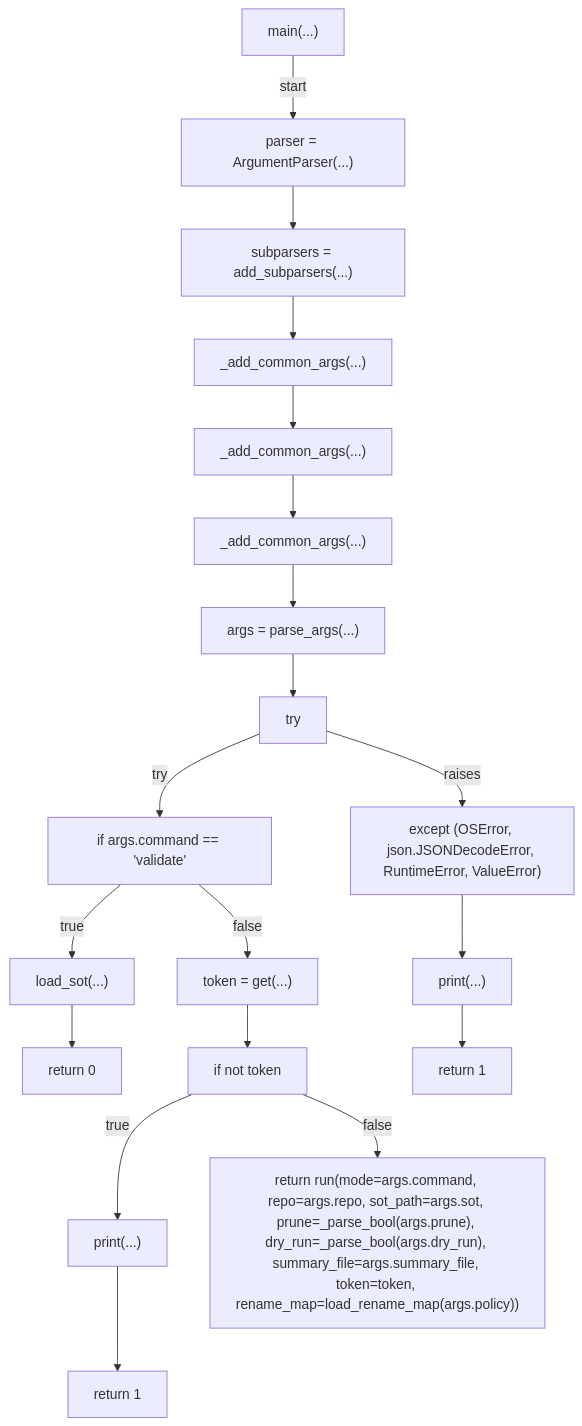
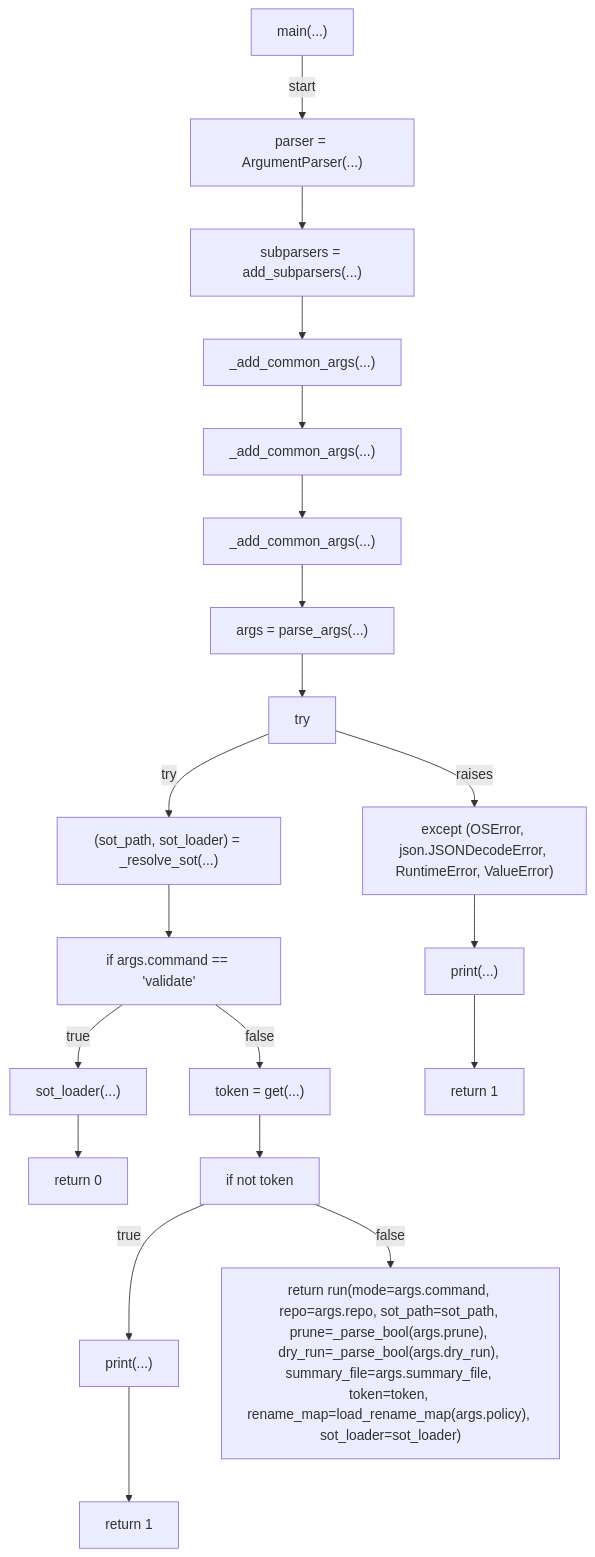
Diagram 12 of 20 in docs/generated/scripts/ast/labels_apply.md (tvna/claude-md), drawn with Mermaid before and after one commit. The commit also changed other lines of this file and 2 other files, not shown here.

First line of the commit message:
docs(generated): regenerate decision tree and workflow diagrams (#2481)

````diff
--- a/docs/generated/scripts/ast/labels_apply.md
+++ b/docs/generated/scripts/ast/labels_apply.md
@@ -171,40 +226,42 @@
 ```mermaid
 flowchart TD
     N001["main(...)"]
     N002["parser = ArgumentParser(...)"]
     N003["subparsers = add_subparsers(...)"]
     N004["_add_common_args(...)"]
     N005["_add_common_args(...)"]
     N006["_add_common_args(...)"]
     N007["args = parse_args(...)"]
     N008["try"]
-    N009["if args.command == 'validate'"]
-    N010["load_sot(...)"]
-    N011["return 0"]
-    N012["token = get(...)"]
-    N013["if not token"]
-    N014["print(...)"]
-    N015["return 1"]
-    N016["return run(mode=args.command, repo=args.repo, sot_path=args.sot, prune=_parse_bool(args.prune), dry_run=_parse_bool(args.dry_run), summary_file=args.summary_file, token=token, rename_map=load_rename_map(args.policy))"]
-    N017["except (OSError, json.JSONDecodeError, RuntimeError, ValueError)"]
-    N018["print(...)"]
-    N019["return 1"]
+    N009["(sot_path, sot_loader) = _resolve_sot(...)"]
+    N010["if args.command == 'validate'"]
+    N011["sot_loader(...)"]
+    N012["return 0"]
+    N013["token = get(...)"]
+    N014["if not token"]
+    N015["print(...)"]
+    N016["return 1"]
+    N017["return run(mode=args.command, repo=args.repo, sot_path=sot_path, prune=_parse_bool(args.prune), dry_run=_parse_bool(args.dry_run), summary_file=args.summary_file, token=token, rename_map=load_rename_map(args.policy), sot_loader=sot_loader)"]
+    N018["except (OSError, json.JSONDecodeError, RuntimeError, ValueError)"]
+    N019["print(...)"]
+    N020["return 1"]
     N001 -->|"start"| N002
     N002 --> N003
     N003 --> N004
     N004 --> N005
     N005 --> N006
     N006 --> N007
     N007 --> N008
     N008 -->|"try"| N009
-    N009 -->|"true"| N010
-    N010 --> N011
-    N009 -->|"false"| N012
-    N012 --> N013
-    N013 -->|"true"| N014
-    N014 --> N015
-    N013 -->|"false"| N016
-    N008 -->|"raises"| N017
-    N017 --> N018
+    N009 --> N010
+    N010 -->|"true"| N011
+    N011 --> N012
+    N010 -->|"false"| N013
+    N013 --> N014
+    N014 -->|"true"| N015
+    N015 --> N016
+    N014 -->|"false"| N017
+    N008 -->|"raises"| N018
     N018 --> N019
+    N019 --> N020
 ```
````
